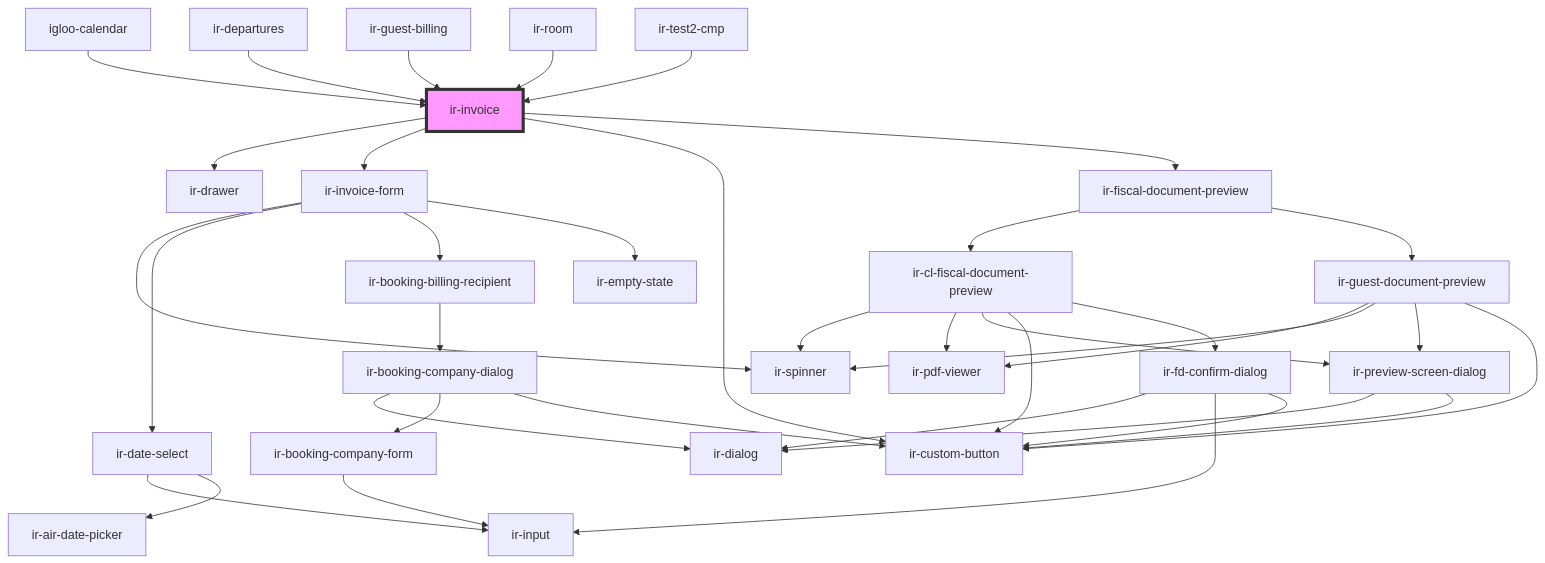
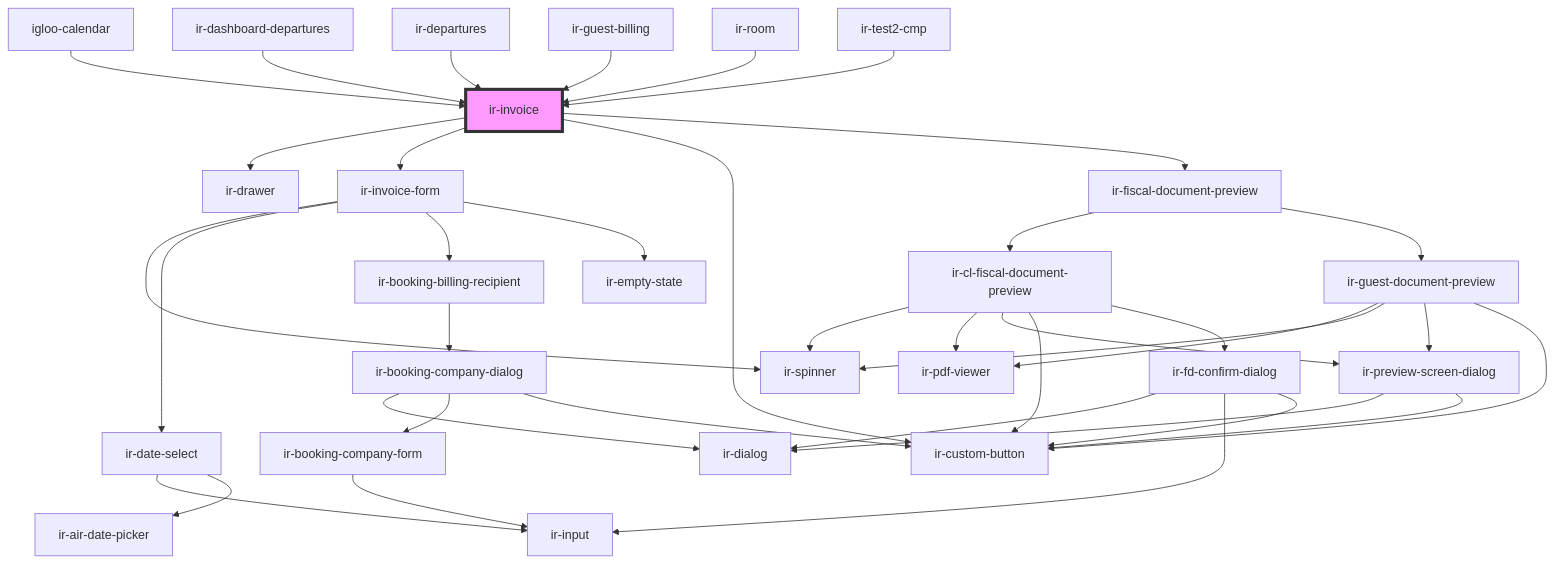
One commit to RonyRizk/ir-webcmp changed the diagram in src/components/ir-invoice/readme.md. Above: the diagram before and after it, drawn with Mermaid. The commit also changed other lines of this file and 76 other files, not shown here.

````diff
--- a/src/components/ir-invoice/readme.md
+++ b/src/components/ir-invoice/readme.md
@@ -80,40 +81,41 @@
 ```mermaid
 graph TD;
   ir-invoice --> ir-drawer
   ir-invoice --> ir-invoice-form
   ir-invoice --> ir-custom-button
   ir-invoice --> ir-fiscal-document-preview
   ir-invoice-form --> ir-spinner
   ir-invoice-form --> ir-date-select
   ir-invoice-form --> ir-booking-billing-recipient
   ir-invoice-form --> ir-empty-state
   ir-date-select --> ir-input
   ir-date-select --> ir-air-date-picker
   ir-booking-billing-recipient --> ir-booking-company-dialog
   ir-booking-company-dialog --> ir-dialog
   ir-booking-company-dialog --> ir-booking-company-form
   ir-booking-company-dialog --> ir-custom-button
   ir-booking-company-form --> ir-input
   ir-fiscal-document-preview --> ir-cl-fiscal-document-preview
   ir-fiscal-document-preview --> ir-guest-document-preview
   ir-cl-fiscal-document-preview --> ir-spinner
   ir-cl-fiscal-document-preview --> ir-pdf-viewer
   ir-cl-fiscal-document-preview --> ir-preview-screen-dialog
   ir-cl-fiscal-document-preview --> ir-custom-button
   ir-cl-fiscal-document-preview --> ir-fd-confirm-dialog
   ir-preview-screen-dialog --> ir-dialog
   ir-preview-screen-dialog --> ir-custom-button
   ir-fd-confirm-dialog --> ir-dialog
   ir-fd-confirm-dialog --> ir-input
   ir-fd-confirm-dialog --> ir-custom-button
   ir-guest-document-preview --> ir-pdf-viewer
   ir-guest-document-preview --> ir-spinner
   ir-guest-document-preview --> ir-preview-screen-dialog
   ir-guest-document-preview --> ir-custom-button
   igloo-calendar --> ir-invoice
+  ir-dashboard-departures --> ir-invoice
   ir-departures --> ir-invoice
   ir-guest-billing --> ir-invoice
   ir-room --> ir-invoice
   ir-test2-cmp --> ir-invoice
   style ir-invoice fill:#f9f,stroke:#333,stroke-width:4px
 ```
````
